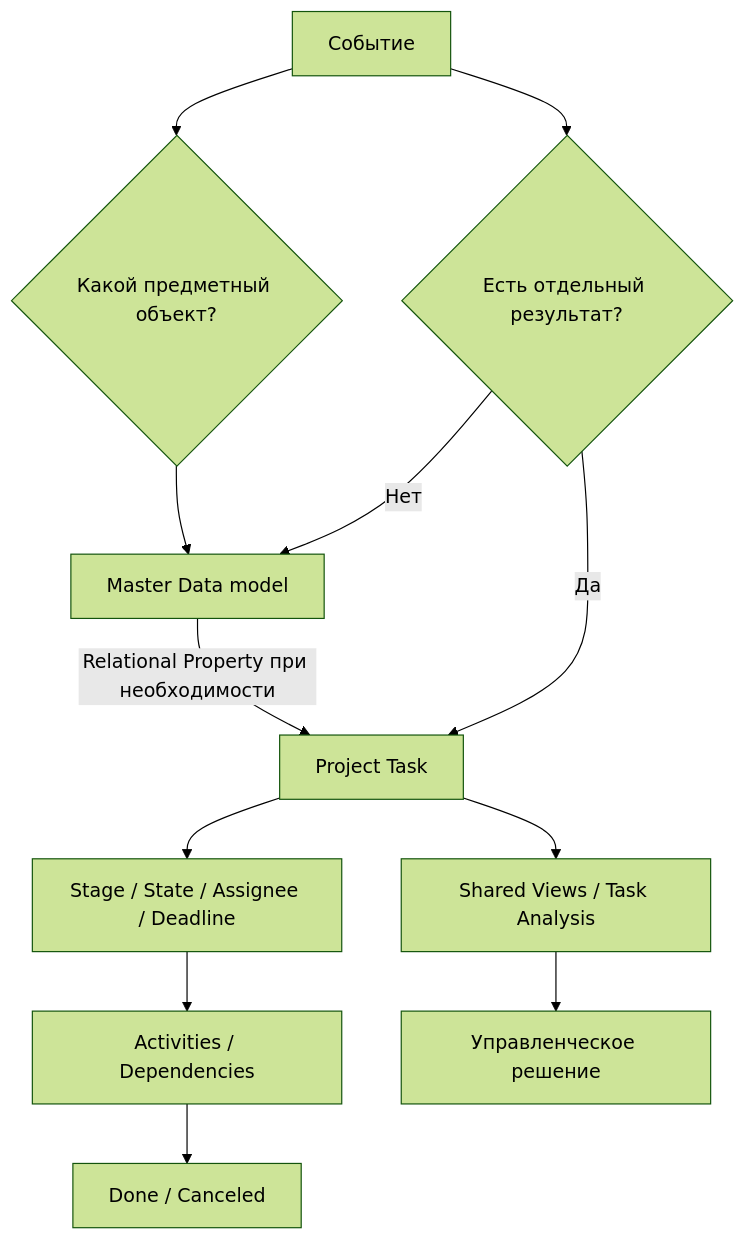
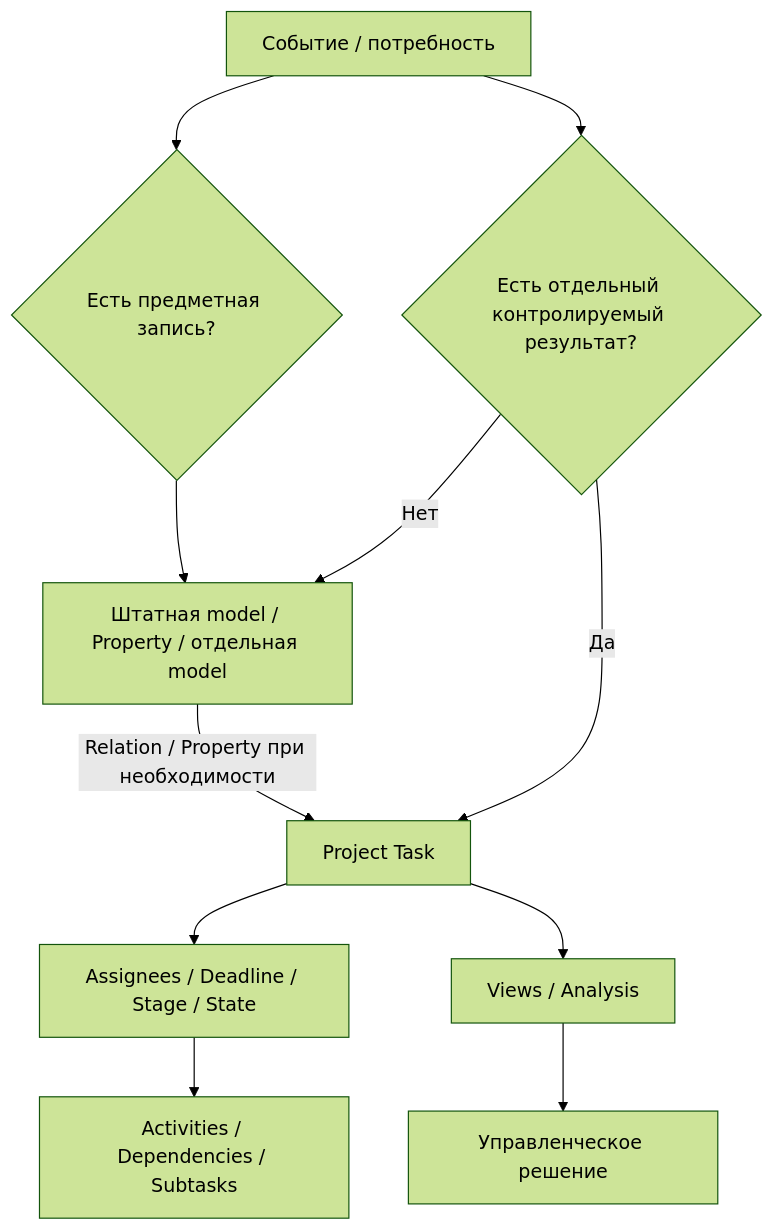
One commit to lazuale/department changed the diagram in docs/01-methodology.md. Above: the diagram before and after it, drawn with Mermaid (forest theme). The commit also changed other lines of this file, not shown here.

````diff
--- a/docs/01-methodology.md
+++ b/docs/01-methodology.md
@@ -467,14 +316,13 @@
 ```mermaid
 flowchart TD
-    A[Событие] --> B{Какой предметный объект?}
-    B --> M[Master Data model]
-    A --> C{Есть отдельный результат?}
+    A[Событие / потребность] --> B{Есть предметная запись?}
+    B --> M[Штатная model / Property / отдельная model]
+    A --> C{Есть отдельный контролируемый результат?}
     C -- Нет --> M
     C -- Да --> T[Project Task]
-    M -->|Relational Property при необходимости| T
-    T --> W[Stage / State / Assignee / Deadline]
-    W --> X[Activities / Dependencies]
-    X --> D[Done / Canceled]
-    T --> V[Shared Views / Task Analysis]
+    M -->|Relation / Property при необходимости| T
+    T --> W[Assignees / Deadline / Stage / State]
+    W --> X[Activities / Dependencies / Subtasks]
+    T --> V[Views / Analysis]
     V --> R[Управленческое решение]
 ```
````
